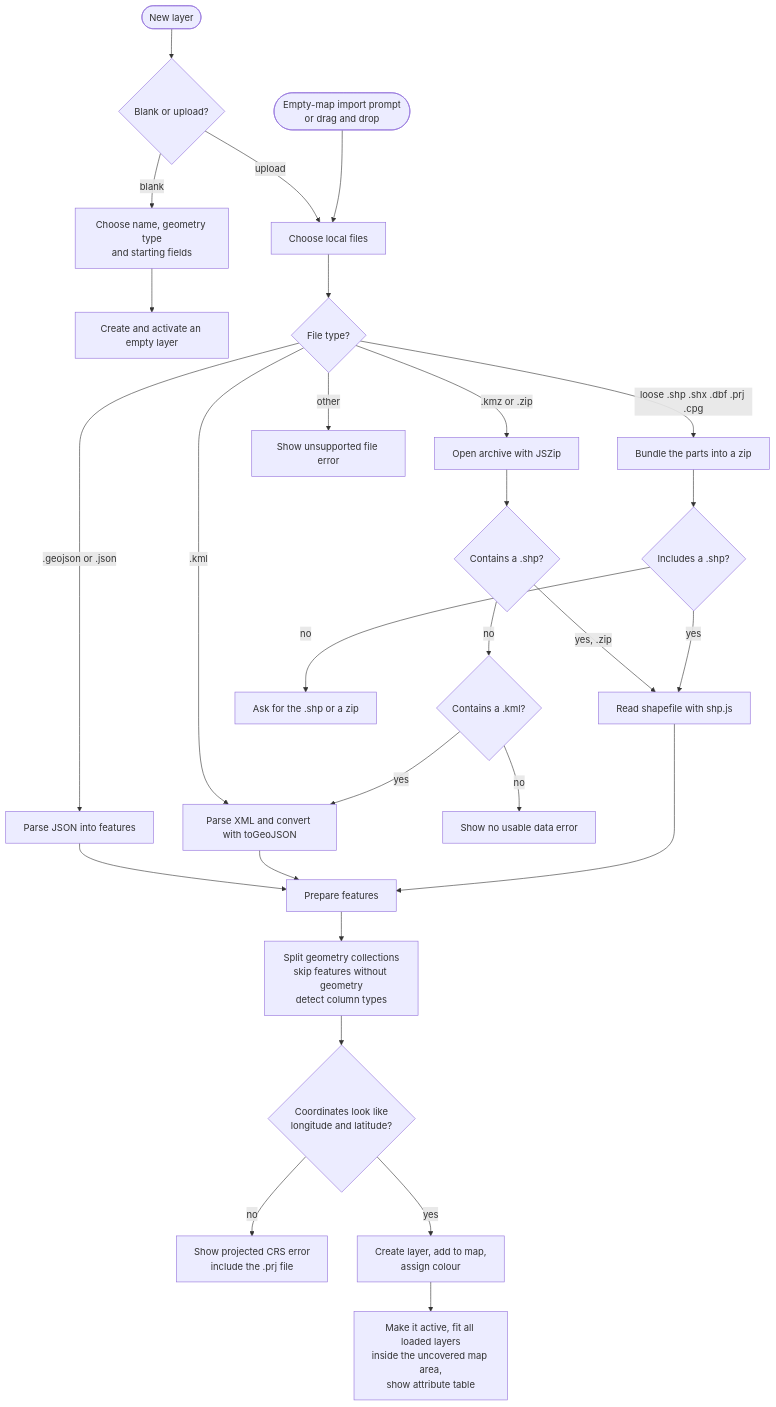
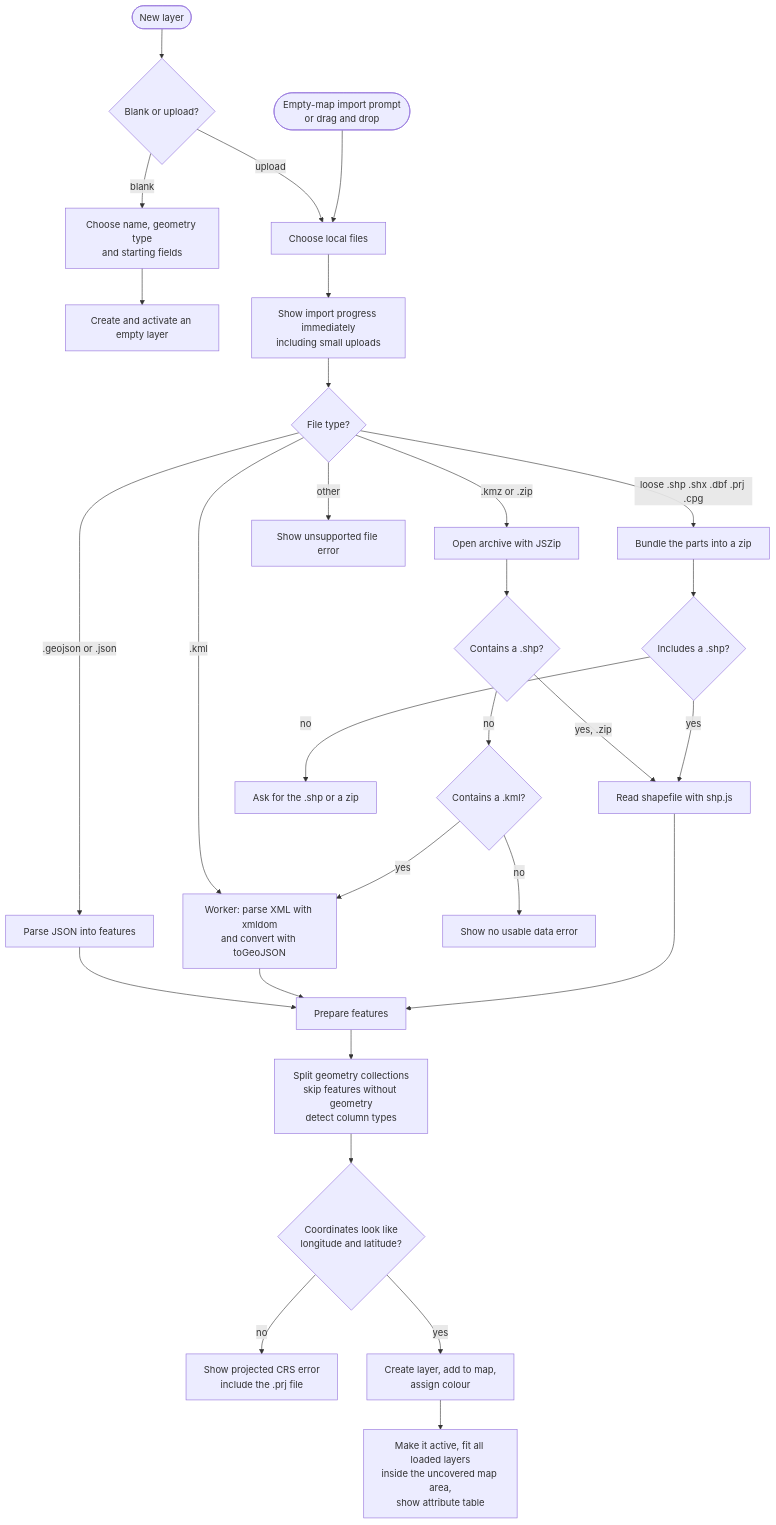
The second of 10 diagrams in FLOWCHART.md (telstra-joseph/geoeditor), drawn with Mermaid before and after one commit. The commit also changed other lines of this file and 25 other files, not shown here.

````diff
--- a/FLOWCHART.md
+++ b/FLOWCHART.md
@@ -45,35 +56,36 @@
 ```mermaid
 flowchart TD
     Start(["New layer"]) --> Source{"Blank or upload?"}
     Source -->|"blank"| Blank["Choose name, geometry type<br/>and starting fields"]
     Blank --> Active["Create and activate an empty layer"]
     Source -->|"upload"| Picker["Choose local files"]
     Import(["Empty-map import prompt<br/>or drag and drop"]) --> Picker
-    Picker --> B{"File type?"}
+    Picker --> Progress["Show import progress immediately<br/>including small uploads"]
+    Progress --> B{"File type?"}
 
     B -->|".geojson or .json"| C["Parse JSON into features"]
-    B -->|".kml"| D["Parse XML and convert with toGeoJSON"]
+    B -->|".kml"| D["Worker: parse XML with xmldom<br/>and convert with toGeoJSON"]
     B -->|".kmz or .zip"| E["Open archive with JSZip"]
     B -->|"loose .shp .shx .dbf .prj .cpg"| F["Bundle the parts into a zip"]
     B -->|"other"| X["Show unsupported file error"]
 
     E --> G{"Contains a .shp?"}
     G -->|"yes, .zip"| H["Read shapefile with shp.js"]
     G -->|"no"| I{"Contains a .kml?"}
     I -->|"yes"| D
     I -->|"no"| X2["Show no usable data error"]
 
     F --> J{"Includes a .shp?"}
     J -->|"yes"| H
     J -->|"no"| X3["Ask for the .shp or a zip"]
 
     C --> K["Prepare features"]
     D --> K
     H --> K
 
     K --> L["Split geometry collections<br/>skip features without geometry<br/>detect column types"]
     L --> M{"Coordinates look like<br/>longitude and latitude?"}
     M -->|"no"| X4["Show projected CRS error<br/>include the .prj file"]
     M -->|"yes"| N["Create layer, add to map,<br/>assign colour"]
     N --> O["Make it active, fit all loaded layers<br/>inside the uncovered map area,<br/>show attribute table"]
 ```
````
